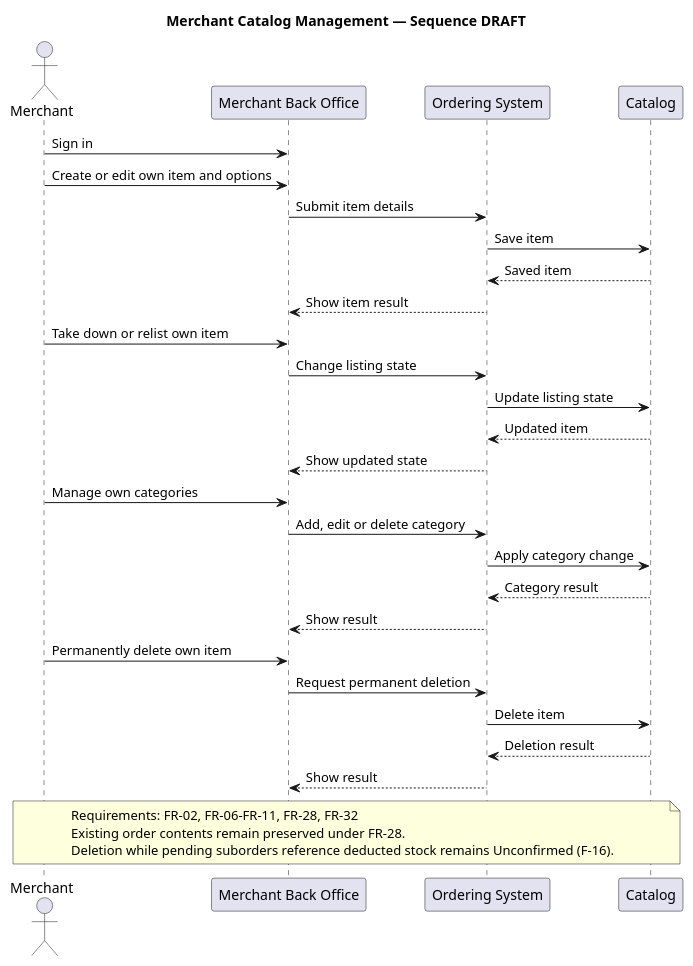
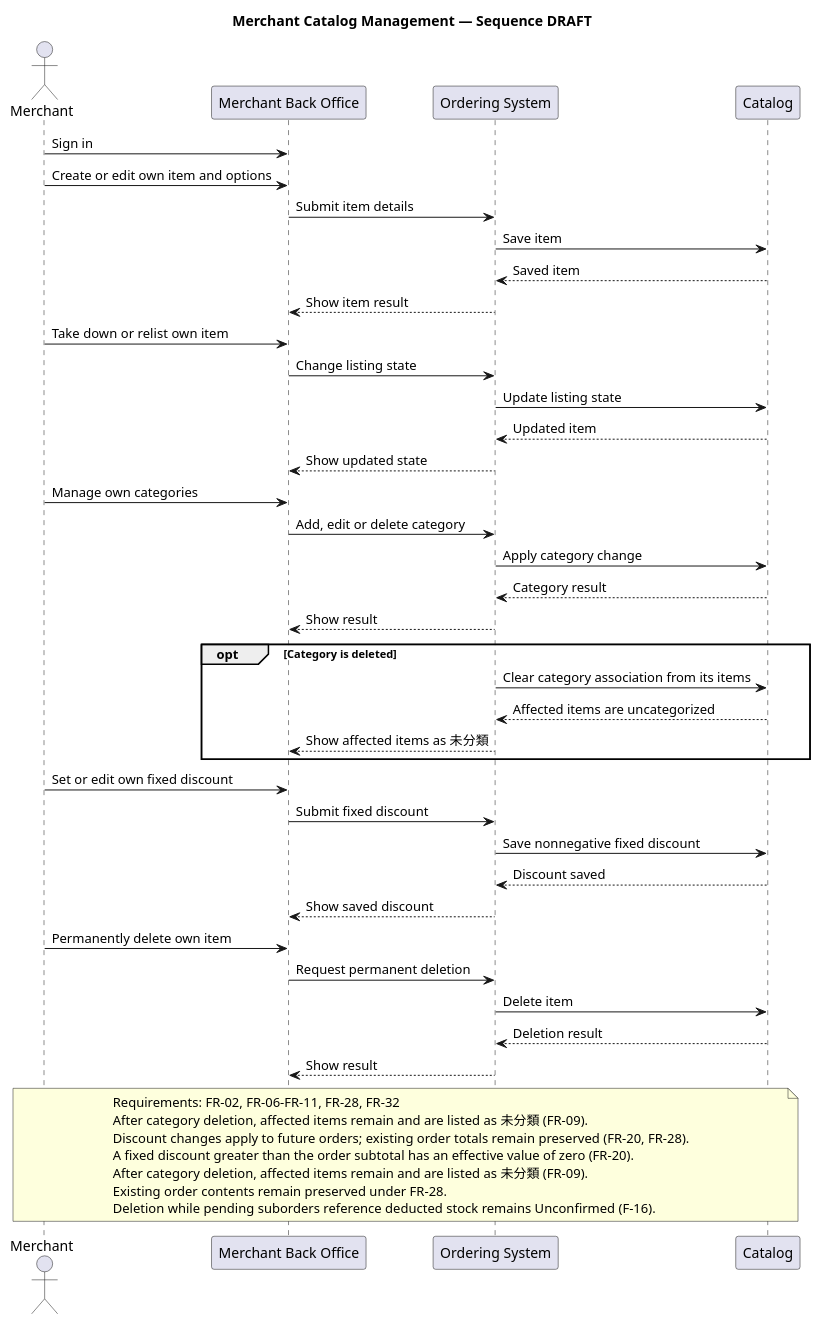
The diagram in specs/001-campus-ordering/uml/sequence-catalog.puml (actcfx/CampusFoodOrderingSystem), drawn with PlantUML before and after one commit. The commit also changed 9 other files, not shown here.

Commit message:
Docs: Revise UML per G4 decisions and CR-002

```diff
--- a/specs/001-campus-ordering/uml/sequence-catalog.puml
+++ b/specs/001-campus-ordering/uml/sequence-catalog.puml
@@ -1,38 +1,54 @@
 @startuml
 title Merchant Catalog Management — Sequence DRAFT
 actor Merchant
 participant "Merchant Back Office" as BackOffice
 participant "Ordering System" as System
 participant "Catalog" as Catalog
 
 Merchant -> BackOffice: Sign in
 Merchant -> BackOffice: Create or edit own item and options
 BackOffice -> System: Submit item details
 System -> Catalog: Save item
 Catalog --> System: Saved item
 System --> BackOffice: Show item result
 
 Merchant -> BackOffice: Take down or relist own item
 BackOffice -> System: Change listing state
 System -> Catalog: Update listing state
 Catalog --> System: Updated item
 System --> BackOffice: Show updated state
 
 Merchant -> BackOffice: Manage own categories
 BackOffice -> System: Add, edit or delete category
 System -> Catalog: Apply category change
 Catalog --> System: Category result
 System --> BackOffice: Show result
 
+opt Category is deleted
+  System -> Catalog: Clear category association from its items
+  Catalog --> System: Affected items are uncategorized
+  System --> BackOffice: Show affected items as 未分類
+end
+
+Merchant -> BackOffice: Set or edit own fixed discount
+BackOffice -> System: Submit fixed discount
+System -> Catalog: Save nonnegative fixed discount
+Catalog --> System: Discount saved
+System --> BackOffice: Show saved discount
+
 Merchant -> BackOffice: Permanently delete own item
 BackOffice -> System: Request permanent deletion
 System -> Catalog: Delete item
 Catalog --> System: Deletion result
 System --> BackOffice: Show result
 
 note over Merchant,Catalog
   Requirements: FR-02, FR-06–FR-11, FR-28, FR-32
+  After category deletion, affected items remain and are listed as 未分類 (FR-09).
+  Discount changes apply to future orders; existing order totals remain preserved (FR-20, FR-28).
+  A fixed discount greater than the order subtotal has an effective value of zero (FR-20).
+  After category deletion, affected items remain and are listed as 未分類 (FR-09).
   Existing order contents remain preserved under FR-28.
   Deletion while pending suborders reference deducted stock remains Unconfirmed (F-16).
 end note
 @enduml
```
